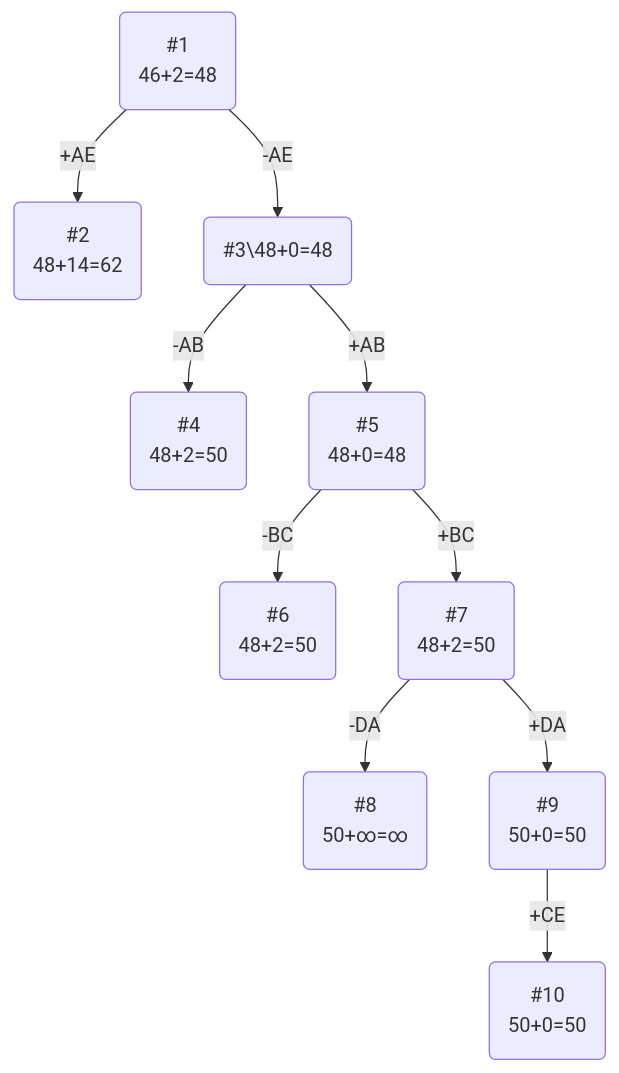
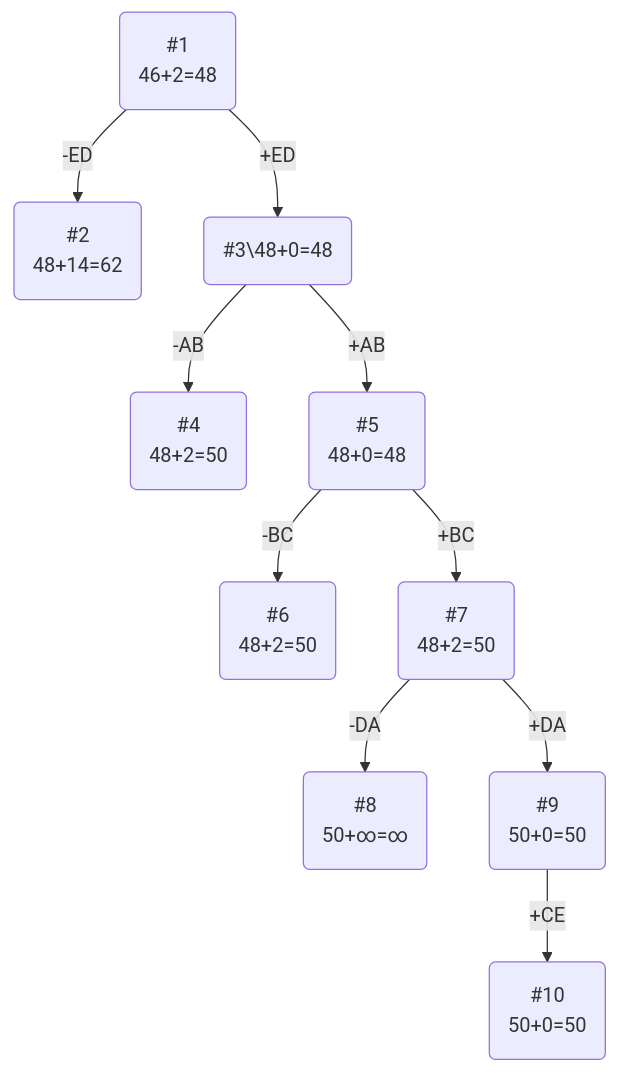
Before and after one commit to HSE-algo-23-crow/manual_tasks: the diagram in task_20/Get_Brains_task_20.md, drawn with Mermaid. The commit also changed other lines of this file, not shown here.

````diff
--- a/task_20/Get_Brains_task_20.md
+++ b/task_20/Get_Brains_task_20.md
@@ -70,12 +70,12 @@
 ```mermaid
 graph TB
-    1(#1\n46+2=48)-->|-AE|3(#3\48+0=48)
-    1-->|+AE|2(#2\n48+14=62)
+    1(#1\n46+2=48)-->|+ED|3(#3\48+0=48)
+    1-->|-ED|2(#2\n48+14=62)
     3-->|-AB|4(#4\n48+2=50)
     3-->|+AB|5(#5\n48+0=48)
     5-->|-BC|6(#6\n48+2=50)
     5-->|+BC|7(#7\n48+2=50)
     7-->|-DA|8(#8\n50+∞=∞)
     7-->|+DA|9(#9\n50+0=50)
     9-->|+CE|10(#10\n50+0=50)
 ```
````
